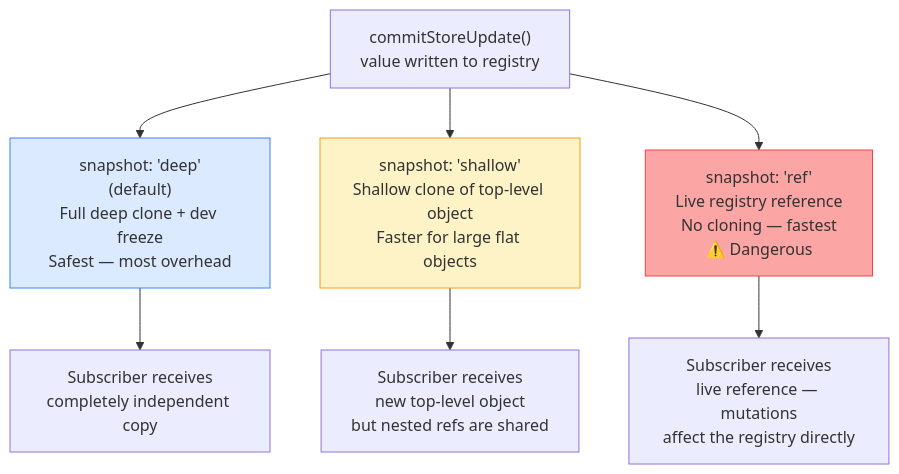
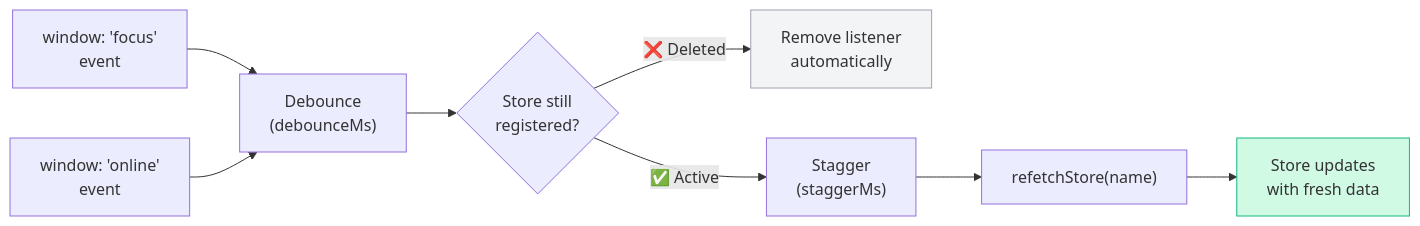
Before and after one commit to Himesh-Bhattarai/stroid: the fifth of 8 diagrams in docs/ASYNC/index.md, drawn with Mermaid. The commit also changed other lines of this file and 2 other files, not shown here.

Commit message:
status(201): Updating doc and commit message will be same for every doc commit - ignore

````diff
--- a/docs/ASYNC/index.md
+++ b/docs/ASYNC/index.md
@@ -553,20 +446,16 @@
 ```mermaid
-graph TD
-    COMMIT["commitStoreUpdate()\nvalue written to registry"]
+flowchart LR
+    EV1["window: 'focus'\nevent"] --> DEBOUNCE
+    EV2["window: 'online'\nevent"] --> DEBOUNCE
 
-    DEEP["snapshot: 'deep'\n(default)\nFull deep clone + dev freeze\nSafest — most overhead"]
-    SHALLOW["snapshot: 'shallow'\nShallow clone of top-level object\nFaster for large flat objects"]
-    REF["snapshot: 'ref'\nLive registry reference\nNo cloning — fastest\n⚠️ Dangerous"]
+    DEBOUNCE["Debounce\n(debounceMs)"]
+    DEBOUNCE --> CHECK{"Store still\nregistered?"}
 
-    COMMIT --> DEEP
-    COMMIT --> SHALLOW
-    COMMIT --> REF
+    CHECK -- "❌ Deleted" --> CLEANUP["Remove listener\nautomatically"]
+    CHECK -- "✅ Active" --> STAGGER["Stagger\n(staggerMs)"]
+    STAGGER --> REVALIDATE["refetchStore(name)"]
+    REVALIDATE --> STORE["Store updates\nwith fresh data"]
 
-    DEEP --> SUB1["Subscriber receives\ncompletely independent copy"]
-    SHALLOW --> SUB2["Subscriber receives\nnew top-level object\nbut nested refs are shared"]
-    REF --> SUB3["Subscriber receives\nlive reference — mutations\naffect the registry directly"]
-
-    style DEEP fill:#dbeafe,stroke:#3b82f6
-    style SHALLOW fill:#fef3c7,stroke:#f59e0b
-    style REF fill:#fca5a5,stroke:#ef4444
+    style CLEANUP fill:#f3f4f6,stroke:#9ca3af
+    style STORE fill:#d1fae5,stroke:#10b981
 ```
````
